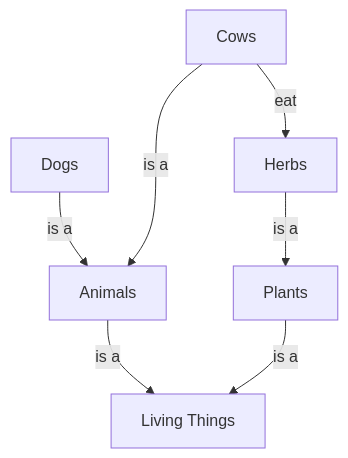
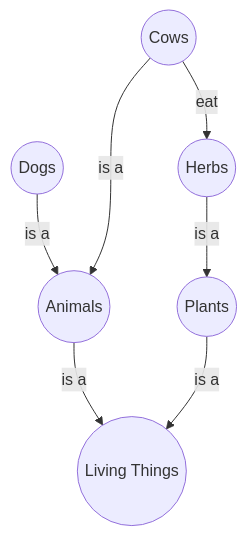
One commit to tegarplus/tegarplus.github.io changed the diagram in diagrams/knowledge_graph.mermaid. Above: the diagram before and after it, drawn with Mermaid.

Commit message:
Update shape for knowledge graph

```diff
--- a/diagrams/knowledge_graph.mermaid
+++ b/diagrams/knowledge_graph.mermaid
@@ -1,14 +1,14 @@
 graph TD
-    A[Living Things]
-    B[Animals]
-    C[Plants]
-    D[Dogs]
-    E[Cows]
-    F[Herbs]
+    A((Living Things))
+    B((Animals))
+    C((Plants))
+    D((Dogs))
+    E((Cows))
+    F((Herbs))
 
     B -->|is a| A
     C -->|is a| A
     D -->|is a| B
     E -->|is a| B
     F -->|is a| C
     E -->|eat| F
```
